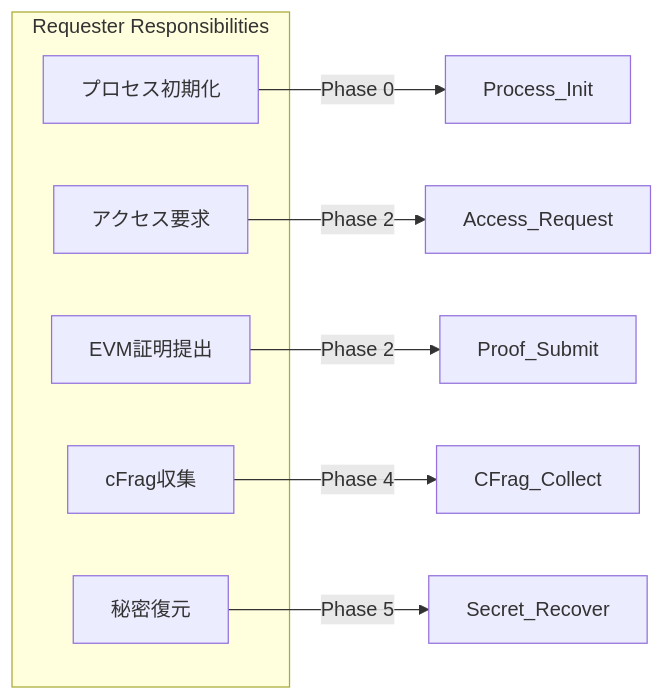
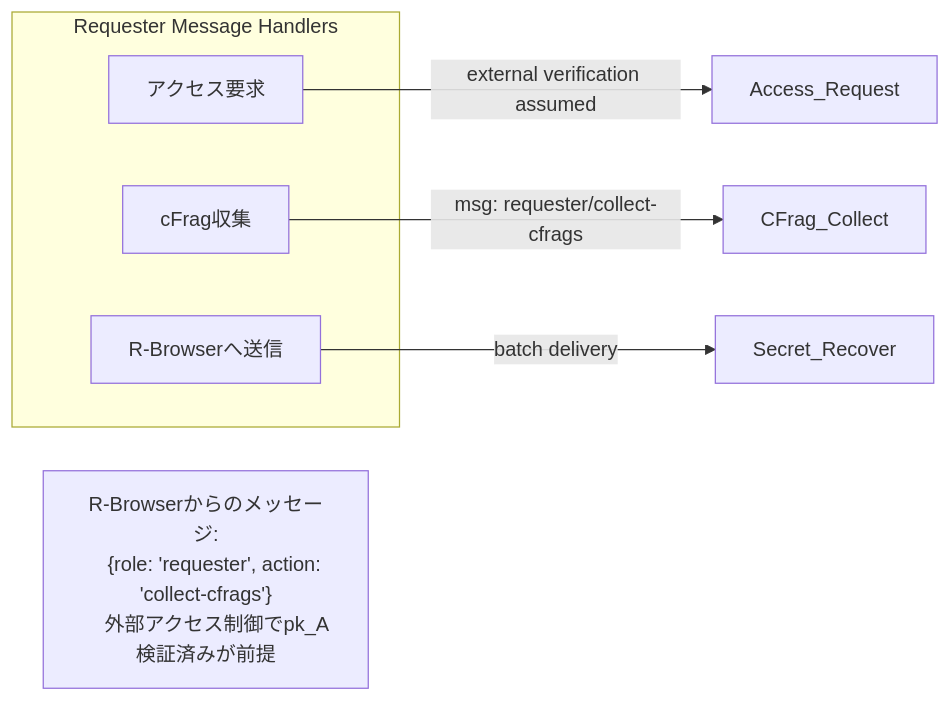
Before and after one commit to shodaimomiyama/D-TPRES: the fourth of 4 diagrams in docs/development/lifecycle/lifecycle_overview.md, drawn with Mermaid. The commit also changed other lines of this file and 2 other files, not shown here.

````diff
--- a/docs/development/lifecycle/lifecycle_overview.md
+++ b/docs/development/lifecycle/lifecycle_overview.md
@@ -141,16 +145,17 @@
 ```mermaid
 graph LR
-    subgraph "Requester Responsibilities"
-        R1[プロセス初期化]
-        R2[アクセス要求]
-        R3[EVM証明提出]
-        R4[cFrag収集]
-        R5[秘密復元]
+    subgraph "Requester Message Handlers"
+        R1[アクセス要求]
+        R2[cFrag収集]
+        R3[R-Browserへ送信]
     end
-    
-    R1 --> |Phase 0| Process_Init
-    R2 --> |Phase 2| Access_Request
-    R3 --> |Phase 2| Proof_Submit
-    R4 --> |Phase 4| CFrag_Collect
-    R5 --> |Phase 5| Secret_Recover
+
+    R1 --> |external verification assumed| Access_Request
+    R2 --> |msg: requester/collect-cfrags| CFrag_Collect
+    R3 --> |batch delivery| Secret_Recover
+
+    note3["R-Browserからのメッセージ:
+    {role: 'requester', action: 'collect-cfrags'}
+
+    外部アクセス制御でpk_A検証済みが前提"]
 ```
````
